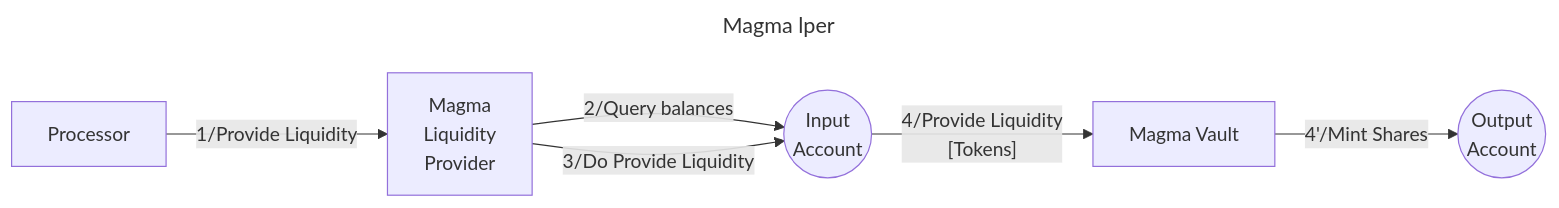
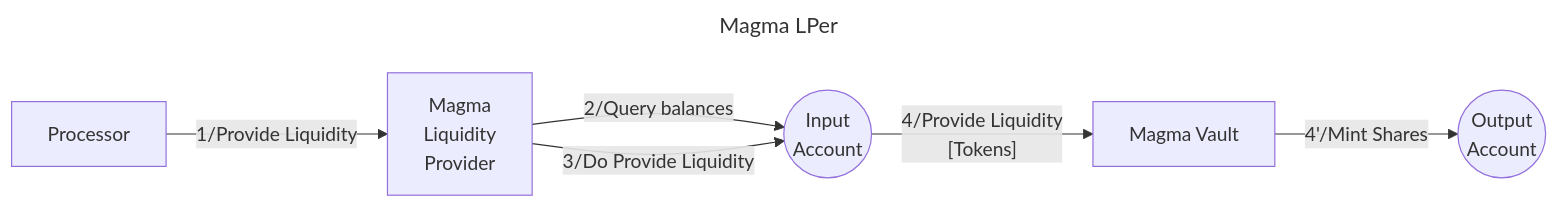
The diagram in docs/src/libraries/cosmwasm/magma_lper.md (timewave-computer/valence-protocol), drawn with Mermaid before and after one commit. The commit also changed other lines of this file and 7 other files, not shown here.

````diff
--- a/docs/src/libraries/cosmwasm/magma_lper.md
+++ b/docs/src/libraries/cosmwasm/magma_lper.md
@@ -7,22 +7,22 @@
 ```mermaid
 ---
-title: Magma lper
+title: Magma LPer
 ---
 graph LR
   IA((Input
       Account))
   OA((Output
           Account))
   P[Processor]
   S[Magma
       Liquidity
       Provider]
   M[Magma Vault]
   P -- 1/Provide Liquidity --> S
   S -- 2/Query balances --> IA
   S -- 3/Do Provide Liquidity --> IA
   IA -- 4/Provide Liquidity
                   [Tokens] --> M
   M -- 4'/Mint Shares --> OA
 
 ```
````
